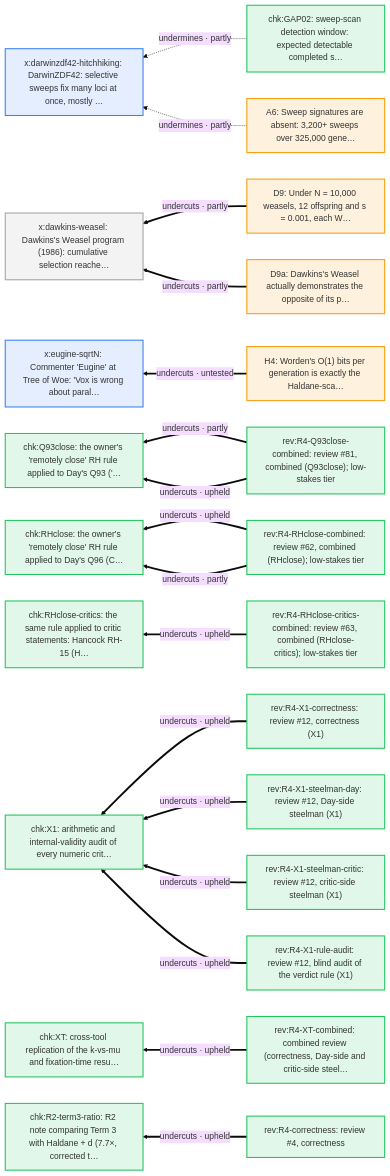
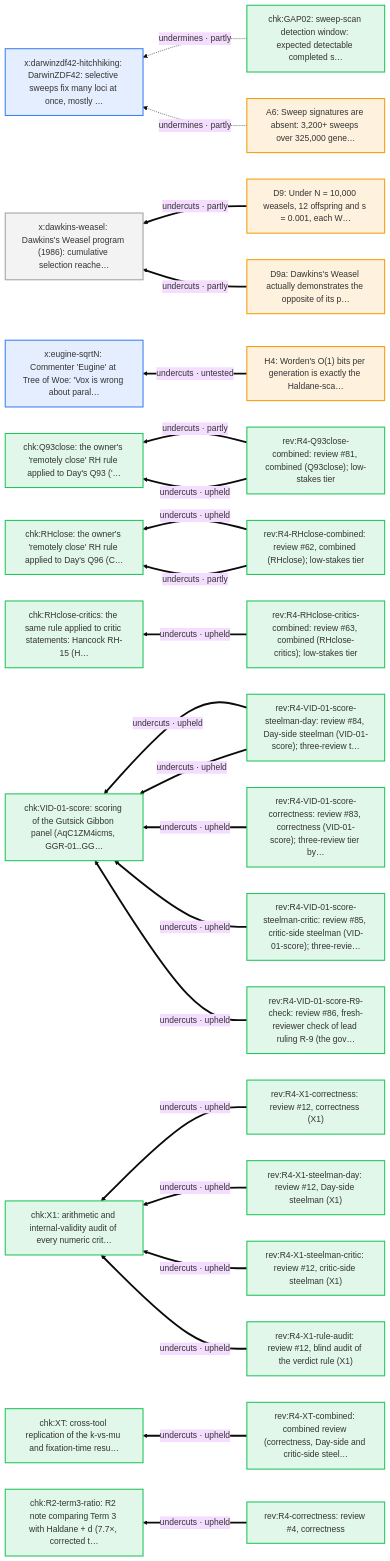
One commit to nickallevato/evo-sim changed diagram 23 of 23 in docs/arguments/defeaters.md. Above: the diagram before and after it, drawn with Mermaid (base theme). The commit also changed other lines of this file and 20 other files, not shown here.

First line of the commit message:
Integrate R4 VID-01-score (EVO-76 step 6): reviews #83-#86, one verdict field moved (Ge internal pending -> holds), new critic node G6 (pending), argmap d476-d484 and lineage node, counts, yt-dlp pinned

````diff
--- a/docs/arguments/defeaters.md
+++ b/docs/arguments/defeaters.md
@@ -1268,47 +1277,57 @@
 ```mermaid
 flowchart RL
   classDef day fill:#f59e0b22,stroke:#f59e0b,stroke-width:2px
   classDef ally fill:#d9770622,stroke:#d97706,stroke-width:2px
   classDef critic fill:#3b82f622,stroke:#3b82f6,stroke-width:2px
   classDef literature fill:#a3a3a322,stroke:#a3a3a3,stroke-width:2px
   classDef audit fill:#22c55e22,stroke:#22c55e,stroke-width:2px
   A6["A6: Sweep signatures are absent: 3,200+ sweeps over 325,000 gene…"]:::day
   D9["D9: Under N = 10,000 weasels, 12 offspring and s = 0.001, each W…"]:::day
   D9a["D9a: Dawkins's Weasel actually demonstrates the opposite of its p…"]:::day
   H4["H4: Worden's O(1) bits per generation is exactly the Haldane-sca…"]:::day
   chk_GAP02["chk:GAP02: sweep-scan detection window: expected detectable completed s…"]:::audit
   chk_Q93close["chk:Q93close: the owner's 'remotely close' RH rule applied to Day's Q93 ('…"]:::audit
   chk_R2_term3_ratio["chk:R2-term3-ratio: R2 note comparing Term 3 with Haldane + d (7.7×, corrected t…"]:::audit
   chk_RHclose["chk:RHclose: the owner's 'remotely close' RH rule applied to Day's Q96 (C…"]:::audit
   chk_RHclose_critics["chk:RHclose-critics: the same rule applied to critic statements: Hancock RH-15 (H…"]:::audit
+  chk_VID_01_score["chk:VID-01-score: scoring of the Gutsick Gibbon panel (AqC1ZM4icms, GGR-01..GG…"]:::audit
   chk_X1["chk:X1: arithmetic and internal-validity audit of every numeric crit…"]:::audit
   chk_XT["chk:XT: cross-tool replication of the k-vs-mu and fixation-time resu…"]:::audit
   rev_R4_Q93close_combined["rev:R4-Q93close-combined: review #81, combined (Q93close); low-stakes tier"]:::audit
   rev_R4_RHclose_combined["rev:R4-RHclose-combined: review #62, combined (RHclose); low-stakes tier"]:::audit
   rev_R4_RHclose_critics_combined["rev:R4-RHclose-critics-combined: review #63, combined (RHclose-critics); low-stakes tier"]:::audit
+  rev_R4_VID_01_score_R9_check["rev:R4-VID-01-score-R9-check: review #86, fresh-reviewer check of lead ruling R-9 (the gov…"]:::audit
+  rev_R4_VID_01_score_correctness["rev:R4-VID-01-score-correctness: review #83, correctness (VID-01-score); three-review tier by…"]:::audit
+  rev_R4_VID_01_score_steelman_critic["rev:R4-VID-01-score-steelman-critic: review #85, critic-side steelman (VID-01-score); three-revie…"]:::audit
+  rev_R4_VID_01_score_steelman_day["rev:R4-VID-01-score-steelman-day: review #84, Day-side steelman (VID-01-score); three-review t…"]:::audit
   rev_R4_X1_correctness["rev:R4-X1-correctness: review #12, correctness (X1)"]:::audit
   rev_R4_X1_rule_audit["rev:R4-X1-rule-audit: review #12, blind audit of the verdict rule (X1)"]:::audit
   rev_R4_X1_steelman_critic["rev:R4-X1-steelman-critic: review #12, critic-side steelman (X1)"]:::audit
   rev_R4_X1_steelman_day["rev:R4-X1-steelman-day: review #12, Day-side steelman (X1)"]:::audit
   rev_R4_XT_combined["rev:R4-XT-combined: combined review (correctness, Day-side and critic-side steel…"]:::audit
   rev_R4_correctness["rev:R4-correctness: review #4, correctness"]:::audit
   x_darwinzdf42_hitchhiking["x:darwinzdf42-hitchhiking: DarwinZDF42: selective sweeps fix many loci at once, mostly …"]:::critic
   x_dawkins_weasel["x:dawkins-weasel: Dawkins's Weasel program (1986): cumulative selection reache…"]:::literature
   x_eugine_sqrtN["x:eugine-sqrtN: Commenter 'Eugine' at Tree of Woe: 'Vox is wrong about paral…"]:::critic
   rev_R4_Q93close_combined ==>|"undercuts · partly"| chk_Q93close
   rev_R4_Q93close_combined ==>|"undercuts · upheld"| chk_Q93close
   rev_R4_correctness ==>|"undercuts · upheld"| chk_R2_term3_ratio
   rev_R4_RHclose_combined ==>|"undercuts · upheld"| chk_RHclose
   rev_R4_RHclose_combined ==>|"undercuts · partly"| chk_RHclose
   rev_R4_RHclose_critics_combined ==>|"undercuts · upheld"| chk_RHclose_critics
+  rev_R4_VID_01_score_steelman_day ==>|"undercuts · upheld"| chk_VID_01_score
+  rev_R4_VID_01_score_steelman_day ==>|"undercuts · upheld"| chk_VID_01_score
+  rev_R4_VID_01_score_correctness ==>|"undercuts · upheld"| chk_VID_01_score
+  rev_R4_VID_01_score_steelman_critic ==>|"undercuts · upheld"| chk_VID_01_score
+  rev_R4_VID_01_score_R9_check ==>|"undercuts · upheld"| chk_VID_01_score
   rev_R4_X1_correctness ==>|"undercuts · upheld"| chk_X1
   rev_R4_X1_steelman_day ==>|"undercuts · upheld"| chk_X1
   rev_R4_X1_steelman_critic ==>|"undercuts · upheld"| chk_X1
   rev_R4_X1_rule_audit ==>|"undercuts · upheld"| chk_X1
   rev_R4_XT_combined ==>|"undercuts · upheld"| chk_XT
   chk_GAP02 -.->|"undermines · partly"| x_darwinzdf42_hitchhiking
   A6 -.->|"undermines · partly"| x_darwinzdf42_hitchhiking
   D9 ==>|"undercuts · partly"| x_dawkins_weasel
   D9a ==>|"undercuts · partly"| x_dawkins_weasel
   H4 ==>|"undercuts · untested"| x_eugine_sqrtN
 ```
````
